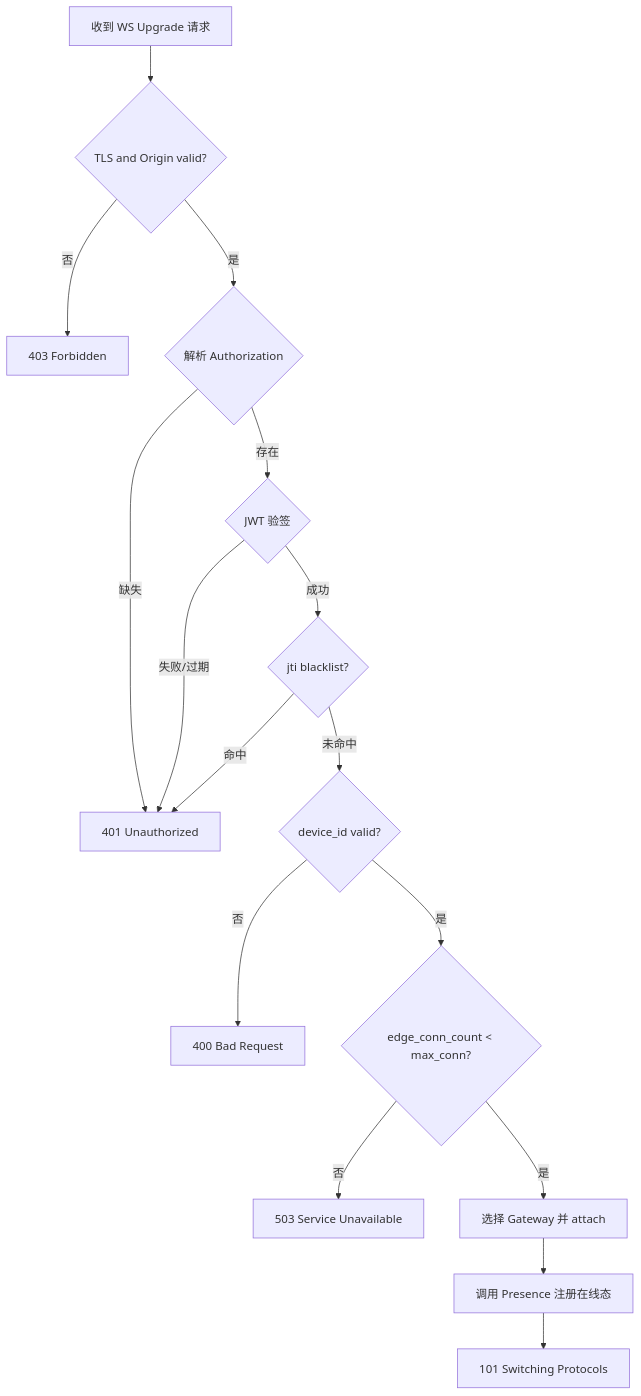
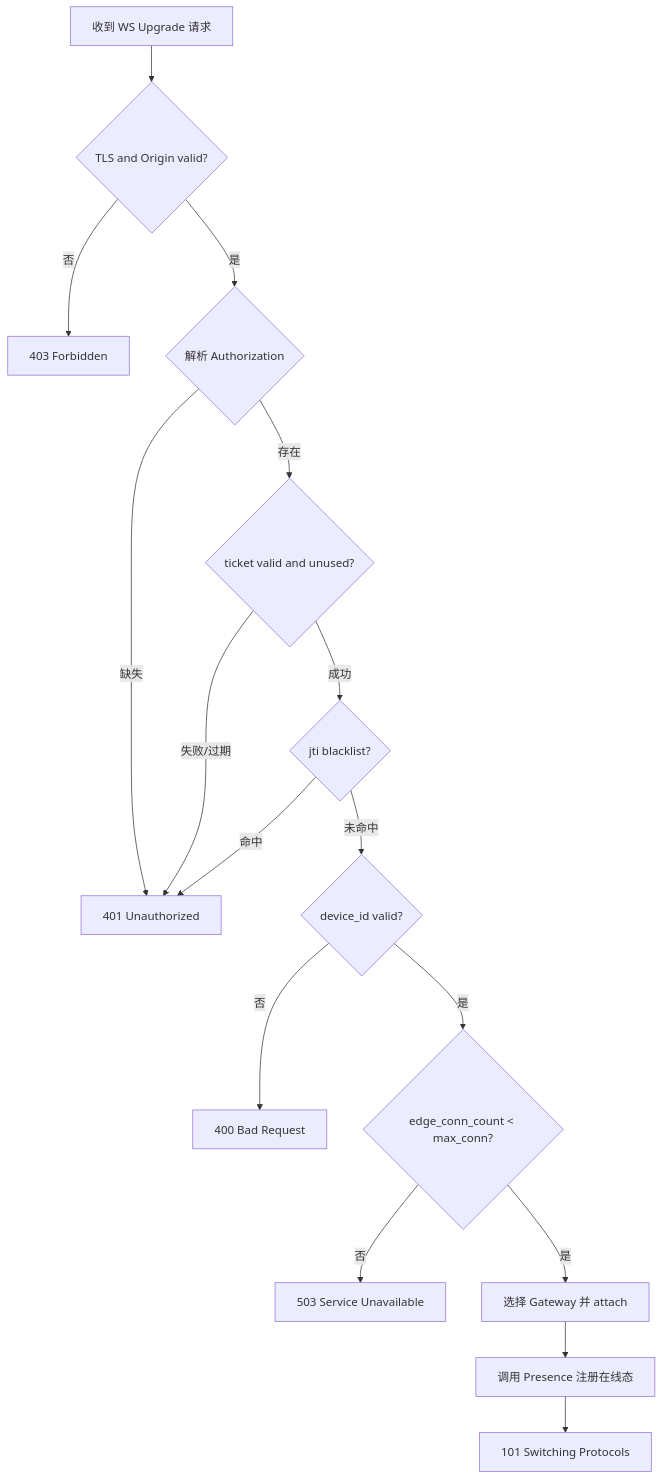
Before and after one commit to HappyLadySauce/Beehive-IM: the fifth of 8 diagrams in docs/gateway/DESIGN.md, drawn with Mermaid. The commit also changed other lines of this file and 6 other files, not shown here.

````diff
--- a/docs/gateway/DESIGN.md
+++ b/docs/gateway/DESIGN.md
@@ -234,18 +233,18 @@
 ```mermaid
 flowchart TD
     A[收到 WS Upgrade 请求] --> B{TLS and Origin valid?}
     B -->|否| R403[403 Forbidden]
     B -->|是| C{解析 Authorization}
     C -->|缺失| R401[401 Unauthorized]
-    C -->|存在| D{JWT 验签}
+    C -->|存在| D{ticket valid and unused?}
     D -->|失败/过期| R401
     D -->|成功| E{jti blacklist?}
     E -->|命中| R401
     E -->|未命中| F{device_id valid?}
     F -->|否| R400[400 Bad Request]
     F -->|是| G{edge_conn_count < max_conn?}
     G -->|否| R503[503 Service Unavailable]
     G -->|是| H[选择 Gateway 并 attach]
     H --> I[调用 Presence 注册在线态]
     I --> J[101 Switching Protocols]
 ```
````
